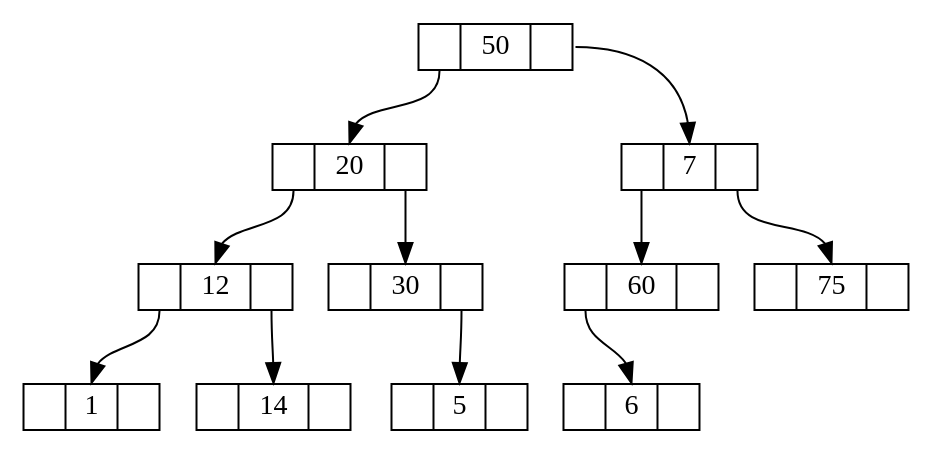
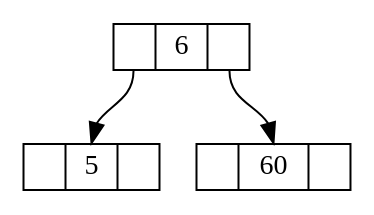
One commit to cresb-49/PROYECTO1_EED changed the diagram in Ejemplos Archivos/EjemplosDOT/pruebasArbolAVL.dot. Above: the diagram before and after it, drawn with Graphviz. The commit also changed 2 other files, not shown here.

Commit message:
Implementacion final del Arbol AVL

```diff
--- a/Ejemplos Archivos/EjemplosDOT/pruebasArbolAVL.dot
+++ b/Ejemplos Archivos/EjemplosDOT/pruebasArbolAVL.dot
@@ -1,24 +1,8 @@
 digraph avl{
 node[shape = record,height=.1];
-nodeAVL1[label = "<f0> |<f1> 1|<f2> "];
-nodeAVL12[label = "<f0> |<f1> 12|<f2> "];
-nodeAVL14[label = "<f0> |<f1> 14|<f2> "];
-nodeAVL20[label = "<f0> |<f1> 20|<f2> "];
-nodeAVL30[label = "<f0> |<f1> 30|<f2> "];
 nodeAVL5[label = "<f0> |<f1> 5|<f2> "];
-nodeAVL50[label = "<f0> |<f1> 50|<f2> "];
 nodeAVL6[label = "<f0> |<f1> 6|<f2> "];
 nodeAVL60[label = "<f0> |<f1> 60|<f2> "];
-nodeAVL7[label = "<f0> |<f1> 7|<f2> "];
-nodeAVL75[label = "<f0> |<f1> 75|<f2> "];
-"nodeAVL12":f2 -> "nodeAVL14":f1;
-"nodeAVL12":f0 -> "nodeAVL1":f1;
-"nodeAVL20":f2 -> "nodeAVL30":f1;
-"nodeAVL20":f0 -> "nodeAVL12":f1;
-"nodeAVL30":f2 -> "nodeAVL5":f1;
-"nodeAVL50":f2 -> "nodeAVL7":f1;
-"nodeAVL50":f0 -> "nodeAVL20":f1;
-"nodeAVL60":f0 -> "nodeAVL6":f1;
-"nodeAVL7":f2 -> "nodeAVL75":f1;
-"nodeAVL7":f0 -> "nodeAVL60":f1;
+"nodeAVL6":f2 -> "nodeAVL60":f1;
+"nodeAVL6":f0 -> "nodeAVL5":f1;
 }
```
